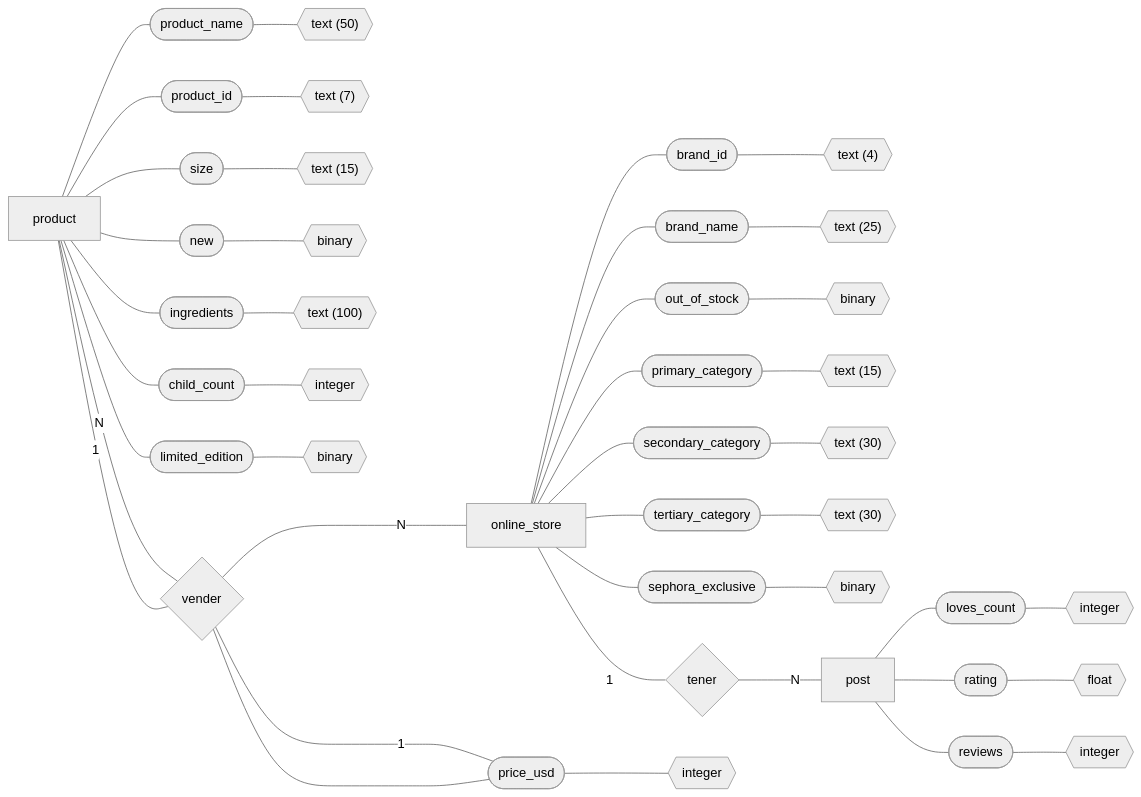
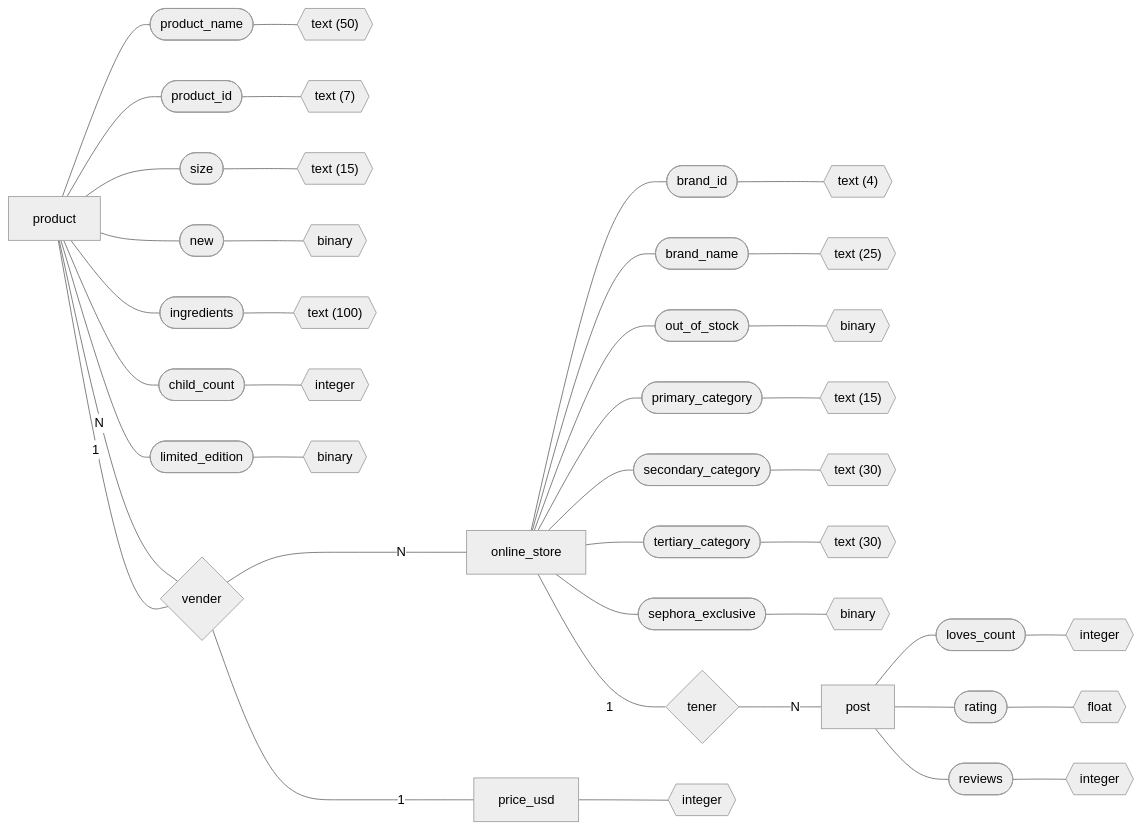
The diagram in tarea2.md (GracielaUscanga/claseBDR), drawn with Mermaid (neutral theme) before and after one commit.

Commit message:
correccion5_tarea2

````diff
--- a/tarea2.md
+++ b/tarea2.md
@@ -4,49 +4,49 @@
 ```mermaid
 flowchart LR
     product --- product_name([product_name])
     product --- product_id([product_id])
     product --- size([size])
     product --- new([new])
     product --- ingredients([ingredients])
     product --- child_count([child_count])
     product --- limited_edition([limited_edition])
 
     product_name --- texto1{{"text (50)"}}
     product_id --- texto2{{"text (7)"}}
     size --- texto3{{"text (15)"}}
     new --- texto4{{binary}}
     ingredients --- texto5{{"text (100)"}}
     child_count --- texto6{{integer}}
     limited_edition --- texto7{{binary}}
 
     online_store --- brand_id([brand_id])
     online_store --- brand_name([brand_name])
     online_store --- out_of_stock([out_of_stock])
     online_store --- primary_category([primary_category])
     online_store --- secondary_category([secondary_category])
     online_store --- tertiary_category([tertiary_category])
     online_store --- sephora_exclusive([sephora_exclusive])
 
     brand_id --- texto8{{"text (4)"}}
     brand_name --- texto9{{"text (25)"}}
     out_of_stock --- texto10{{binary}}
     primary_category --- texto11{{"text (15)"}}
     secondary_category --- texto12{{"text (30)"}}
     tertiary_category --- texto13{{"text (30)"}}
     sephora_exclusive --- texto14{{binary}}
 
     post --- loves_count([loves_count])
     post --- rating([rating])
     post --- reviews([reviews])
 
     loves_count --- texto15{{integer}}
     rating --- texto16{{float}}
     reviews --- texto17{{integer}}
 
+    price_usd --- texto18{{integer}}
+
     product -- N --- relacion1{vender} -- N ----- online_store
     product -- 1 --- relacion1{vender} -- 1 ----- price_usd
     online_store -- 1 --- relacion2{tener} -- N --- post
 
-    relacion1 --- price_usd([price_usd])
-    price_usd --- texto18{{integer}}
 ```
````
